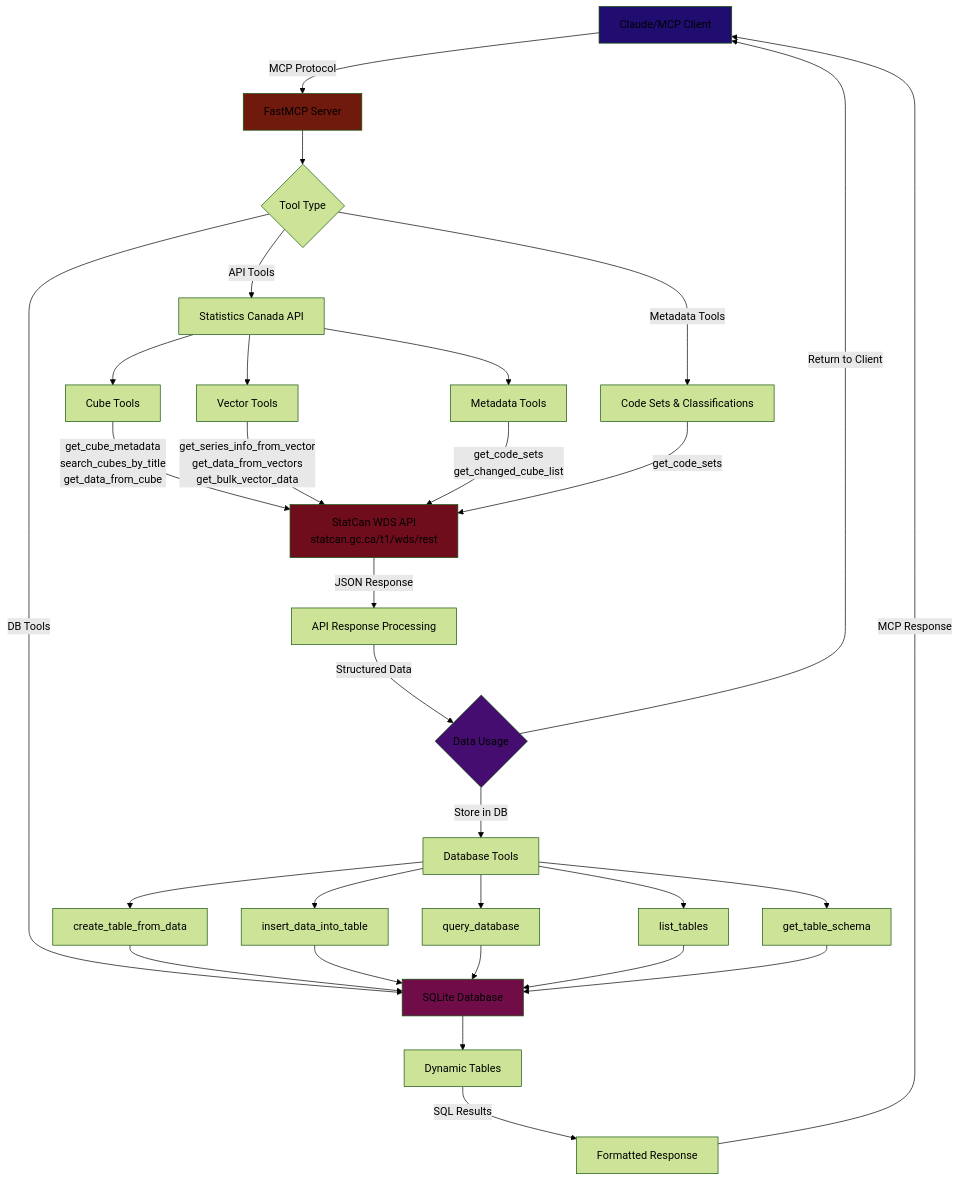
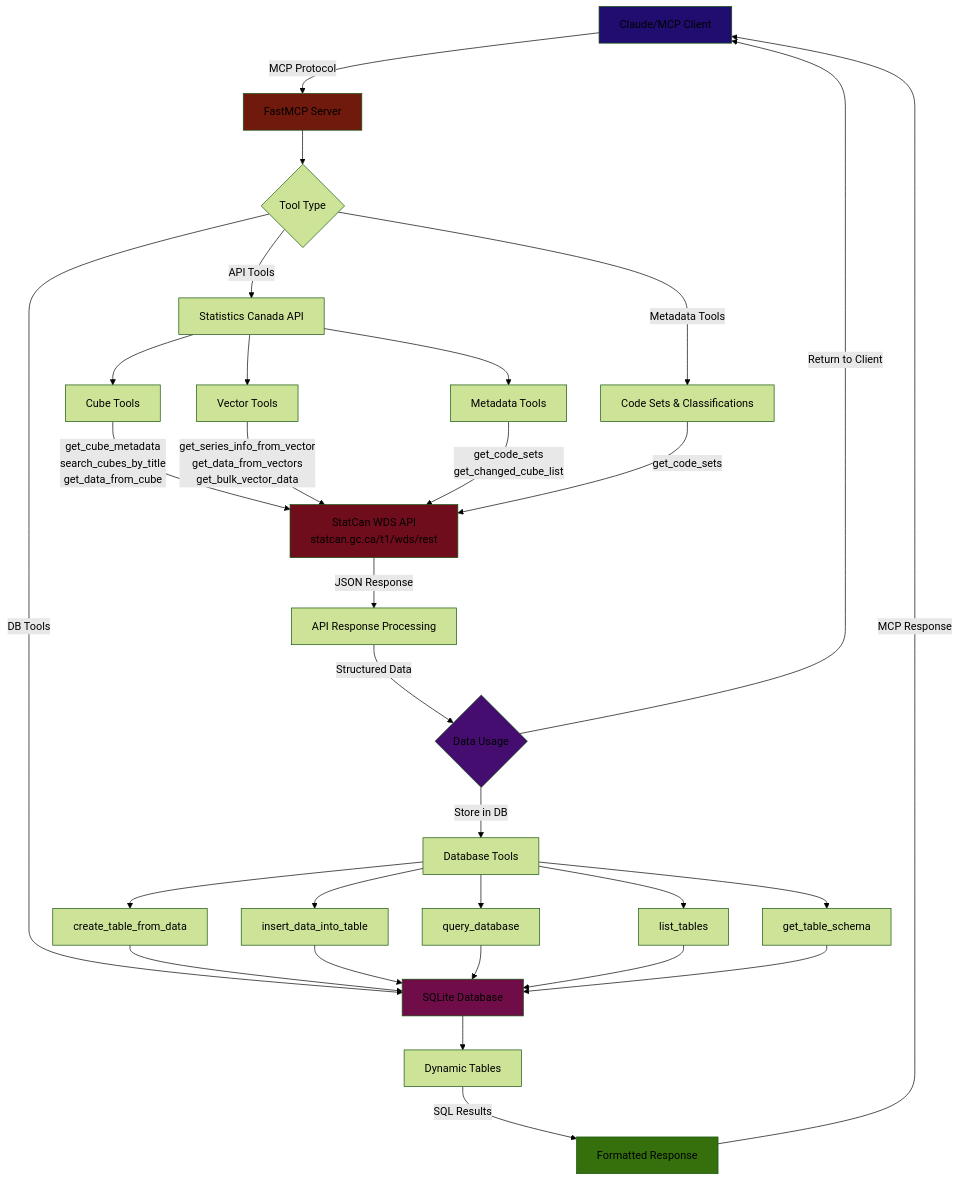
One commit to Aryan-Jhaveri/mcp-statcan changed the diagram in IMPLEMENTATIONS.md. Above: the diagram before and after it, drawn with Mermaid (forest theme).

Commit message:
Updated mermaid chart IMPLEMENTATIONS.md

````diff
--- a/IMPLEMENTATIONS.md
+++ b/IMPLEMENTATIONS.md
@@ -19,47 +19,48 @@
 ```mermaid
 flowchart TD
     A[Claude/MCP Client] -->|MCP Protocol| B[FastMCP Server]
     
     B --> C{Tool Type}
     C -->|API Tools| D[Statistics Canada API]
     C -->|DB Tools| E[SQLite Database]
     C -->|Metadata Tools| F[Code Sets & Classifications]
     
     D --> G[Cube Tools]
     D --> H[Vector Tools]
     D --> I[Metadata Tools]
     
     G -->|get_cube_metadata<br/>search_cubes_by_title<br/>get_data_from_cube| J[StatCan WDS API<br/>statcan.gc.ca/t1/wds/rest]
     H -->|get_series_info_from_vector<br/>get_data_from_vectors<br/>get_bulk_vector_data| J
     I -->|get_code_sets<br/>get_changed_cube_list| J
     
     J -->|JSON Response| K[API Response Processing]
     K -->|Structured Data| L{Data Usage}
     L -->|Return to Client| A
     L -->|Store in DB| M[Database Tools]
     
     M --> N[create_table_from_data]
     M --> O[insert_data_into_table] 
     M --> P[query_database]
     M --> Q[list_tables]
     M --> R[get_table_schema]
     
     N --> E
     O --> E
     P --> E
     Q --> E
     R --> E
     
     E --> S[Dynamic Tables]
     
     S -->|SQL Results| T[Formatted Response]
     T -->|MCP Response| A
     
     F -->|get_code_sets| J
     
     style A fill:#210d70
     style B fill:#70190d
     style E fill:#700d49
     style L fill:#450d70
+    style T fill:#35700d
     style J fill:#700d1c
 ```
````
